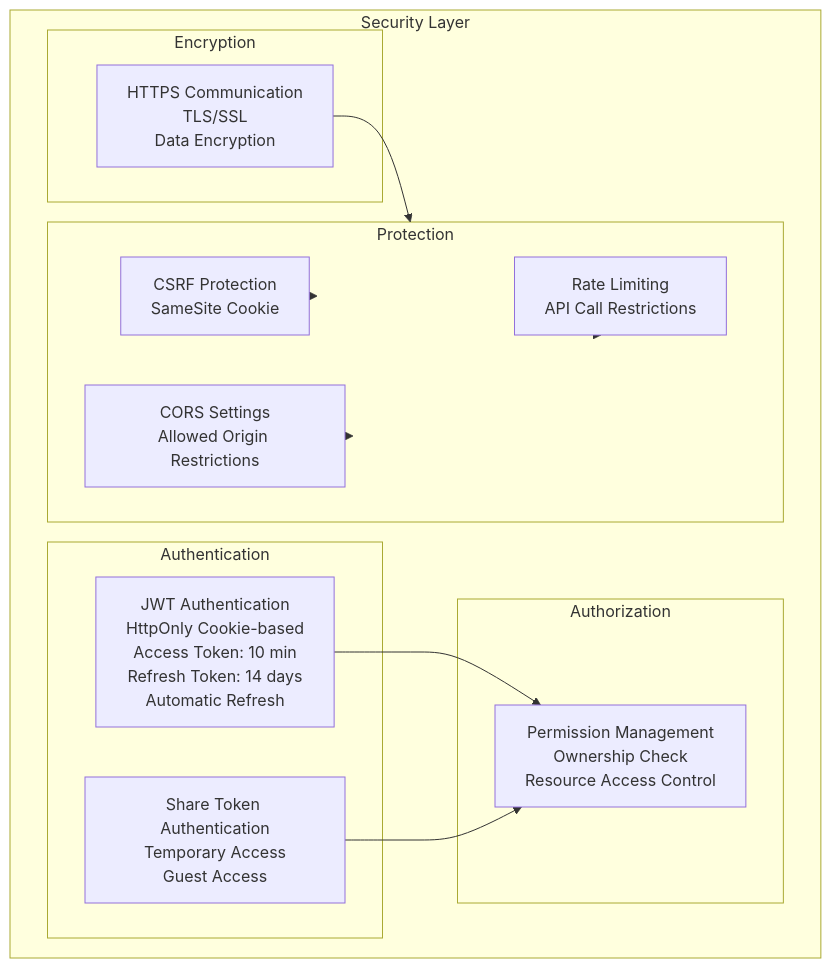
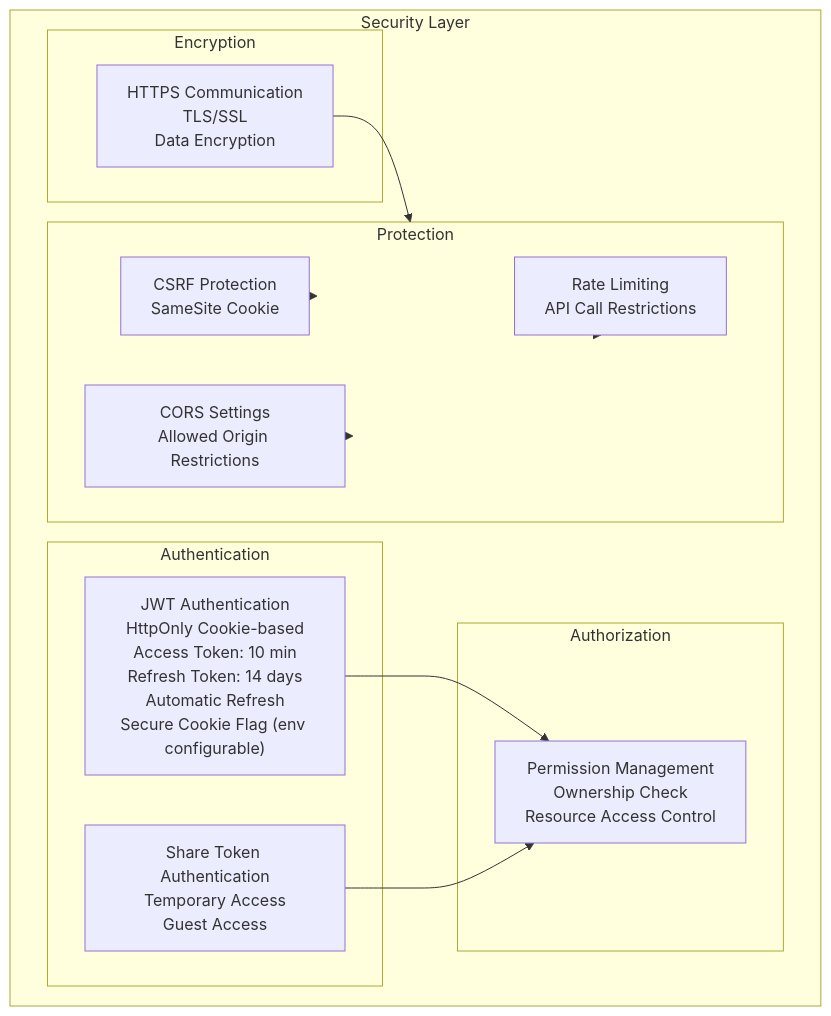
The fourth of 7 diagrams in docs/architecture/system-configuration-diagram.md (yukiharada1228/videoq), drawn with Mermaid before and after one commit. The commit also changed 2 other files, not shown here.

Commit message:
docs: Update documentation for SECURE_COOKIES environment variable
- Add SECURE_COOKIES to environment variables list in README.md
- Add secure cookies configuration note in production deployment section
- Update deployment diagram to include SECURE_COOKIES in environment variables
- Update system configuration diagram to mention secure cookie flag is env configurable

````diff
--- a/docs/architecture/system-configuration-diagram.md
+++ b/docs/architecture/system-configuration-diagram.md
@@ -188,30 +188,30 @@
 ```mermaid
 graph TB
     subgraph Security["Security Layer"]
         subgraph Authentication["Authentication"]
-            JWT["JWT Authentication<br/>HttpOnly Cookie-based<br/>Access Token: 10 min<br/>Refresh Token: 14 days<br/>Automatic Refresh"]
+            JWT["JWT Authentication<br/>HttpOnly Cookie-based<br/>Access Token: 10 min<br/>Refresh Token: 14 days<br/>Automatic Refresh<br/>Secure Cookie Flag (env configurable)"]
             ShareToken["Share Token Authentication<br/>Temporary Access<br/>Guest Access"]
         end
         
         subgraph Authorization["Authorization"]
             Permissions["Permission Management<br/>Ownership Check<br/>Resource Access Control"]
         end
         
         subgraph Encryption["Encryption"]
             HTTPS["HTTPS Communication<br/>TLS/SSL<br/>Data Encryption"]
         end
         
         subgraph Protection["Protection"]
             CSRF["CSRF Protection<br/>SameSite Cookie"]
             CORS["CORS Settings<br/>Allowed Origin Restrictions"]
             RateLimit["Rate Limiting<br/>API Call Restrictions"]
         end
     end
     
     JWT --> Permissions
     ShareToken --> Permissions
     HTTPS --> Protection
     CSRF --> Protection
     CORS --> Protection
     RateLimit --> Protection
 ```
````
